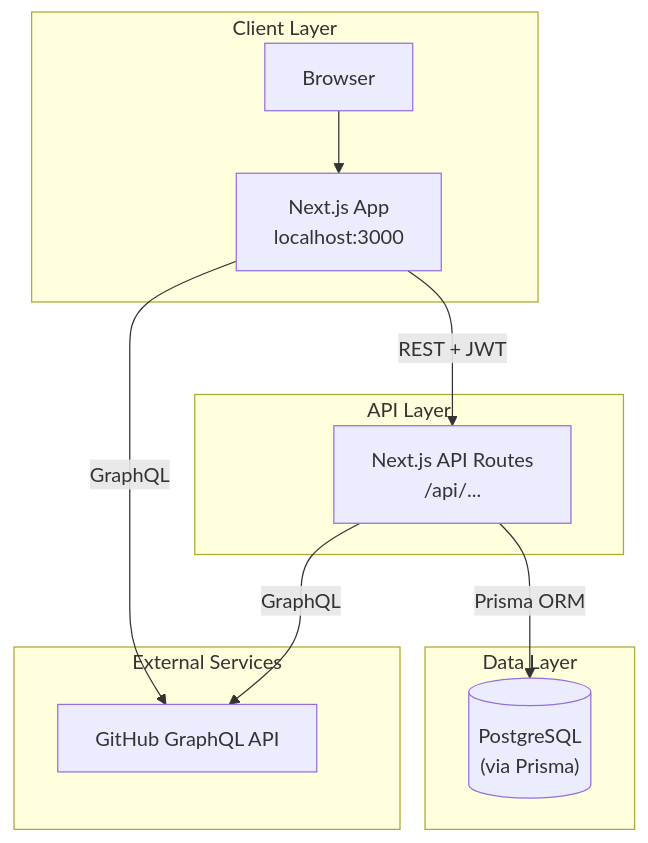
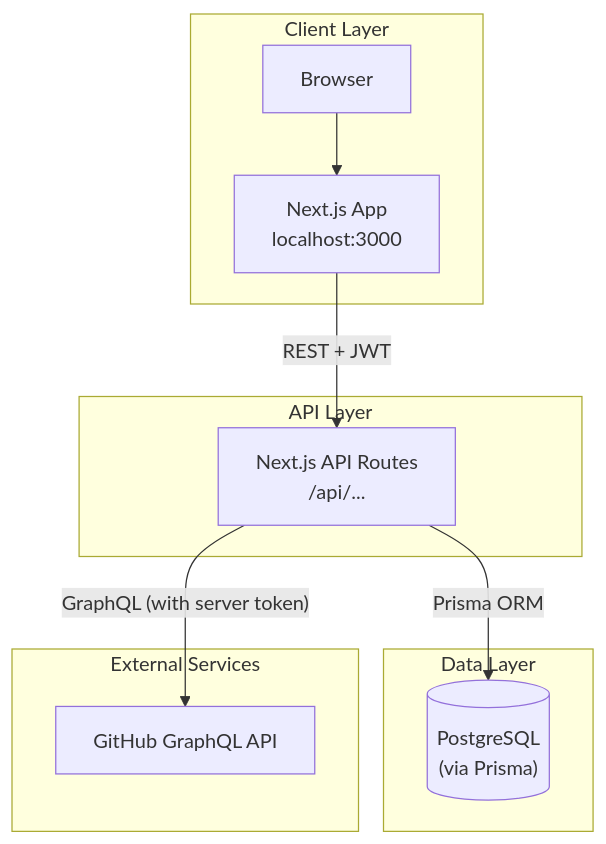
The first of 6 diagrams in docs/architecture.md (krikera/first-issues-platform), drawn with Mermaid before and after one commit. The commit also changed other lines of this file and 74 other files, not shown here.

````diff
--- a/docs/architecture.md
+++ b/docs/architecture.md
@@ -5,25 +5,24 @@
 ```mermaid
 graph TB
     subgraph "Client Layer"
         Browser["Browser"]
         NextApp["Next.js App<br/>localhost:3000"]
     end
 
     subgraph "API Layer"
         NextAPI["Next.js API Routes<br/>/api/..."]
     end
 
     subgraph "Data Layer"
         PostgreSQL[("PostgreSQL<br/>(via Prisma)")]
     end
 
     subgraph "External Services"
         GitHubAPI["GitHub GraphQL API"]
     end
 
     Browser --> NextApp
     NextApp -->|"REST + JWT"| NextAPI
-    NextApp -->|"GraphQL"| GitHubAPI
     NextAPI -->|"Prisma ORM"| PostgreSQL
-    NextAPI -->|"GraphQL"| GitHubAPI
+    NextAPI -->|"GraphQL (with server token)"| GitHubAPI
 ```
````
